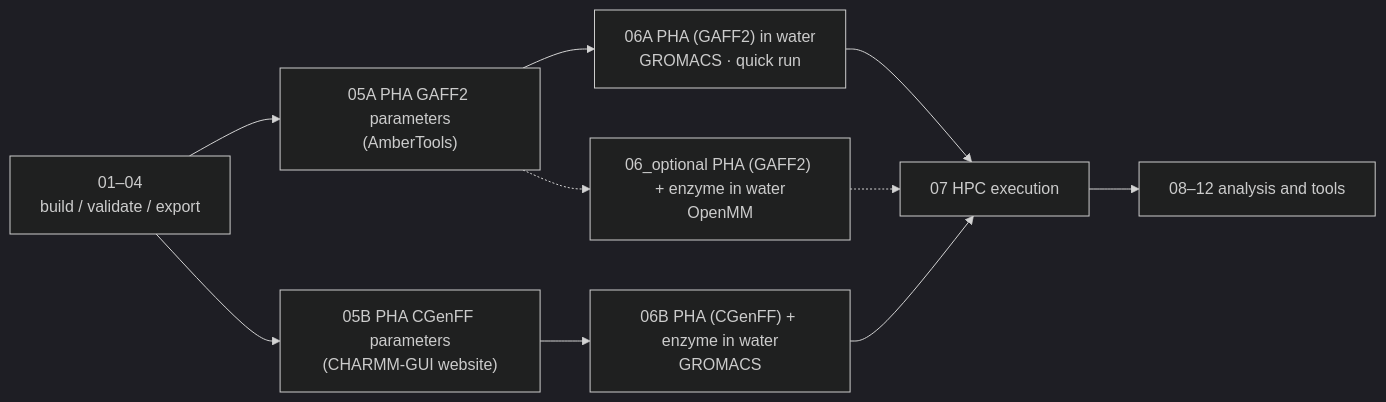
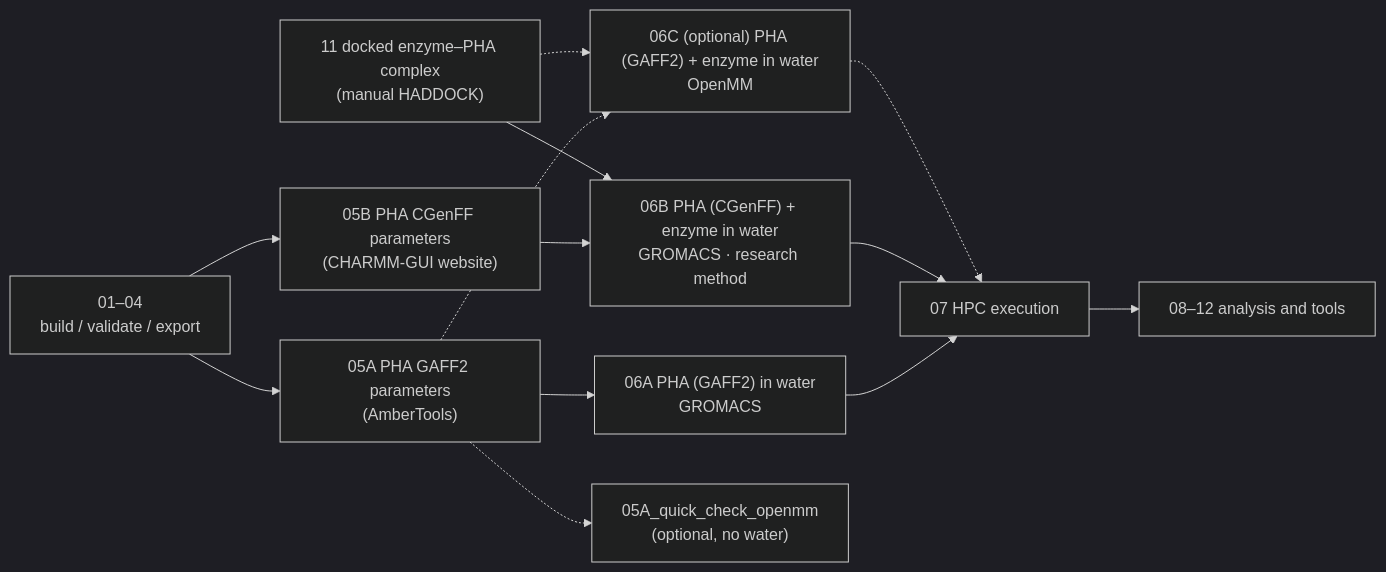
One commit to DanielYyork/iPHAsimulatorV2 changed the diagram in notebooks/README.md. Above: the diagram before and after it, drawn with Mermaid (dark theme). The commit also changed other lines of this file and 24 other files, not shown here.

````diff
--- a/notebooks/README.md
+++ b/notebooks/README.md
@@ -18,13 +32,17 @@
 ```mermaid
 flowchart LR
     S["01–04<br/>build / validate / export"]
     S --> A5["05A PHA GAFF2 parameters<br/>(AmberTools)"]
     S --> B5["05B PHA CGenFF parameters<br/>(CHARMM-GUI website)"]
-    A5 --> A6["06A PHA (GAFF2) in water<br/>GROMACS · quick run"]
-    B5 --> B6["06B PHA (CGenFF) + enzyme in water<br/>GROMACS"]
-    A5 -.-> O6["06_optional PHA (GAFF2) + enzyme in water<br/>OpenMM"]
+    D11["11 docked enzyme–PHA complex<br/>(manual HADDOCK)"]
+    A5 --> A6["06A PHA (GAFF2) in water<br/>GROMACS"]
+    B5 --> B6["06B PHA (CGenFF) + enzyme in water<br/>GROMACS · research method"]
+    D11 --> B6
+    A5 -.-> O6["06C (optional) PHA (GAFF2) + enzyme in water<br/>OpenMM"]
+    D11 -.-> O6
+    A5 -.-> Q["05A_quick_check_openmm<br/>(optional, no water)"]
     A6 --> H["07 HPC execution"]
     B6 --> H
     O6 -.-> H
     H --> X["08–12 analysis and tools"]
 ```
````
